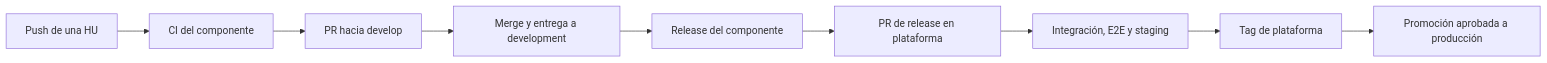
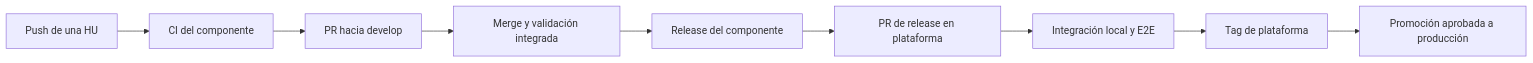
One commit to lfnavarroj1/sport-app-platform changed the diagram in docs/esquema-ci-y-release.md. Above: the diagram before and after it, drawn with Mermaid. The commit also changed other lines of this file and 41 other files, not shown here.

````diff
--- a/docs/esquema-ci-y-release.md
+++ b/docs/esquema-ci-y-release.md
@@ -27,11 +29,11 @@
 ```mermaid
 flowchart LR
     PUSH[Push de una HU] --> CI[CI del componente]
     CI --> PR[PR hacia develop]
-    PR --> DEV[Merge y entrega a development]
+    PR --> DEV[Merge y validación integrada]
     DEV --> RC[Release del componente]
     RC --> RP[PR de release en plataforma]
-    RP --> ST[Integración, E2E y staging]
+    RP --> ST[Integración local y E2E]
     ST --> TAG[Tag de plataforma]
     TAG --> PROD[Promoción aprobada a producción]
 ```
````
